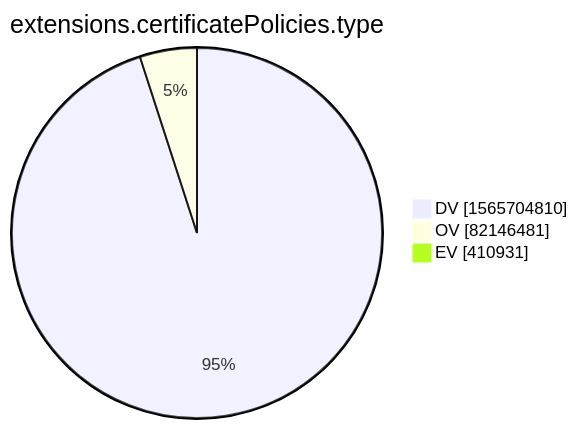
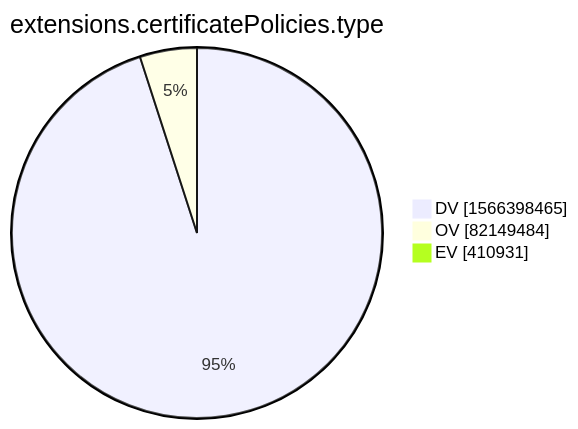
One commit to christiankrug/ctmonitor_visualization changed the tenth of 15 diagrams in xenon2022/README.md. Above: the diagram before and after it, drawn with Mermaid. The commit also changed other lines of this file, not shown here.

````diff
--- a/xenon2022/README.md
+++ b/xenon2022/README.md
@@ -2876,7 +2876,7 @@
 ```mermaid
 pie showData
 title extensions.certificatePolicies.type
-"DV" :1565704810
-"OV" :82146481
+"DV" :1566398465
+"OV" :82149484
 "EV" :410931
 ```
````
